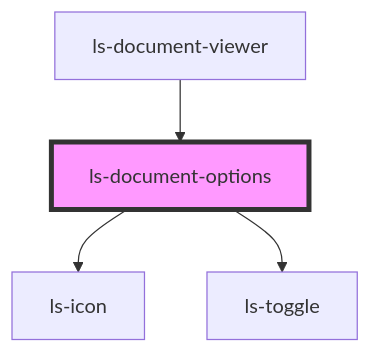
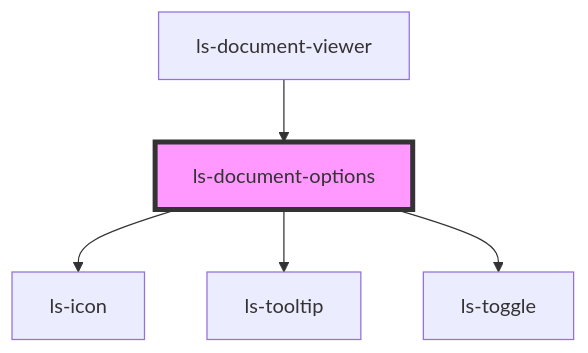
One commit to legalesign/ls-document-viewer changed the diagram in src/components/ls-document-options/readme.md. Above: the diagram before and after it, drawn with Mermaid. The commit also changed other lines of this file and 3 other files, not shown here.

````diff
--- a/src/components/ls-document-options/readme.md
+++ b/src/components/ls-document-options/readme.md
@@ -35,7 +36,8 @@
 ```mermaid
 graph TD;
   ls-document-options --> ls-icon
+  ls-document-options --> ls-tooltip
   ls-document-options --> ls-toggle
   ls-document-viewer --> ls-document-options
   style ls-document-options fill:#f9f,stroke:#333,stroke-width:4px
 ```
````
